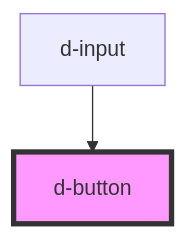
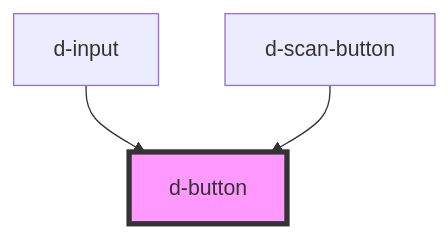
One commit to ForkbombEu/didroom-components changed the diagram in src/components/button/readme.md. Above: the diagram before and after it, drawn with Mermaid. The commit also changed other lines of this file and 8 other files, not shown here.

Commit message:
feat: scan button component

````diff
--- a/src/components/button/readme.md
+++ b/src/components/button/readme.md
@@ -38,5 +39,6 @@
 ```mermaid
 graph TD;
   d-input --> d-button
+  d-scan-button --> d-button
   style d-button fill:#f9f,stroke:#333,stroke-width:4px
 ```
````
